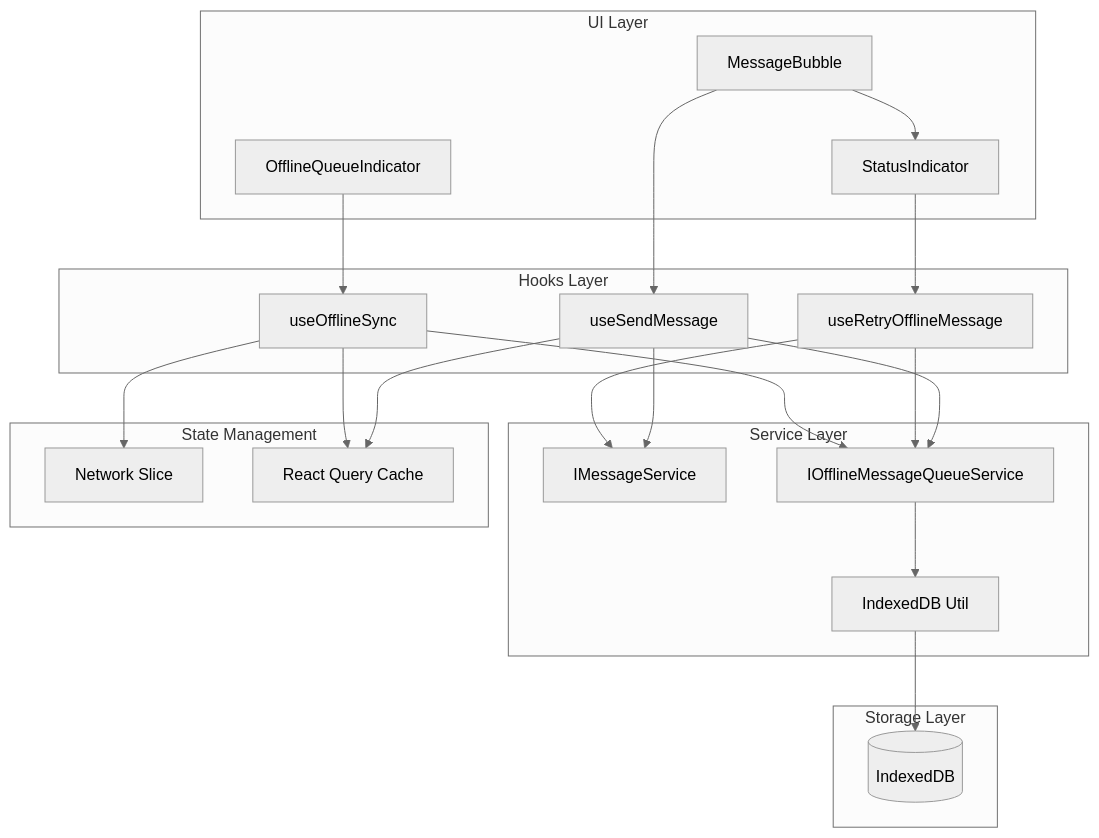
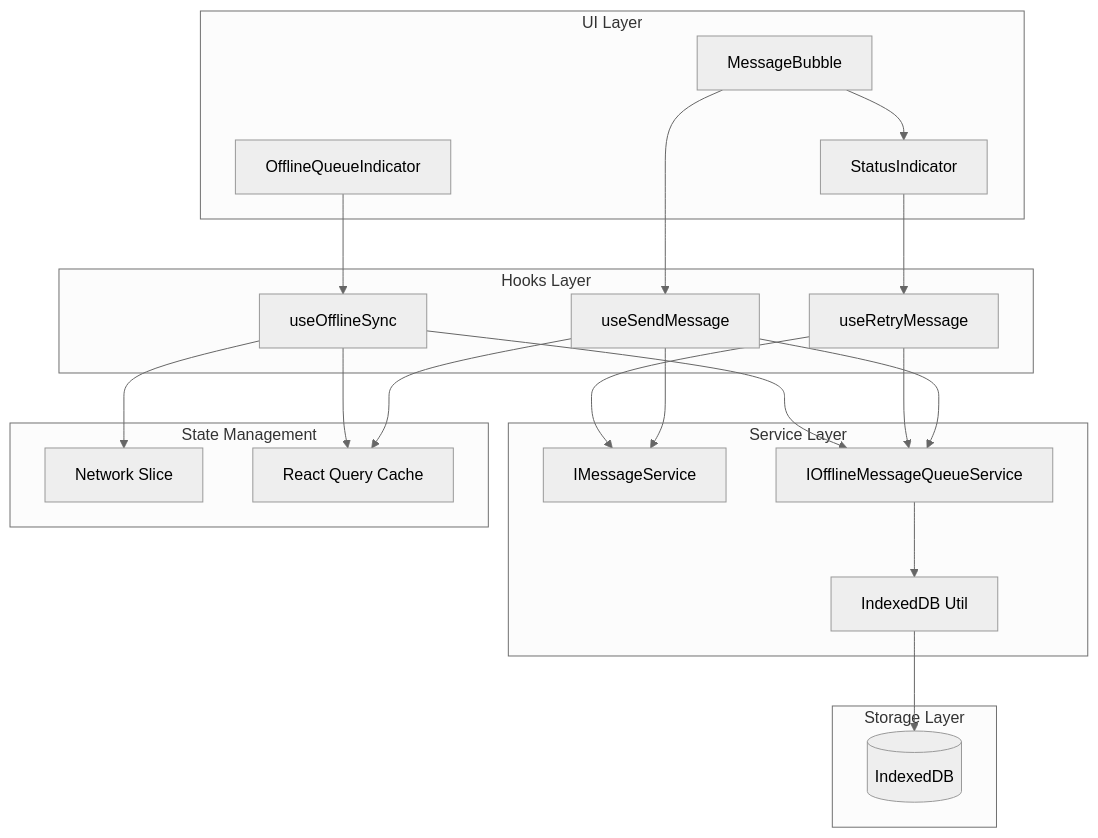
The first of 2 diagrams in design/offline-message-queue-design.md (givingwu/bifrost-chat), drawn with Mermaid (neutral theme) before and after one commit. The commit also changed other lines of this file and 26 other files, not shown here.

````diff
--- a/design/offline-message-queue-design.md
+++ b/design/offline-message-queue-design.md
@@ -46,42 +50,42 @@
 ```mermaid
 graph TB
     subgraph UI Layer
         A[MessageBubble] --> B[StatusIndicator]
         C[OfflineQueueIndicator]
     end
 
     subgraph Hooks Layer
         D[useSendMessage]
-        E[useRetryOfflineMessage]
+        E[useRetryMessage]
         F[useOfflineSync]
     end
 
     subgraph Service Layer
         G[IMessageService]
         H[IOfflineMessageQueueService]
         I[IndexedDB Util]
     end
 
     subgraph Storage Layer
         J[(IndexedDB)]
     end
 
     subgraph State Management
         K[Network Slice]
         L[React Query Cache]
     end
 
     A --> D
     B --> E
     C --> F
     D --> G
     D --> H
     E --> H
     E --> G
     F --> H
     F --> K
     H --> I
     I --> J
     D --> L
     F --> L
 ```
````
